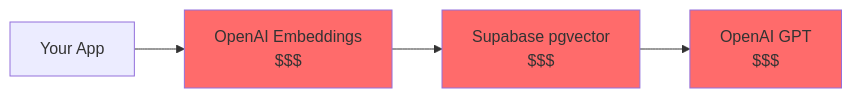
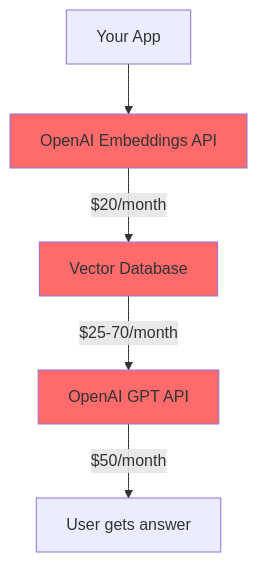
The first of 2 diagrams in README.md (AINative-Studio/nextjs-openai-doc-search), drawn with Mermaid before and after one commit. The commit also changed other lines of this file and 32 other files, not shown here.

````diff
--- a/README.md
+++ b/README.md
@@ -24,9 +60,11 @@
 ```mermaid
-graph LR
-    A[Your App] --> B[OpenAI Embeddings<br/>$$$]
-    B --> C[Supabase pgvector<br/>$$$]
-    C --> D[OpenAI GPT<br/>$$$]
+graph TB
+    A[Your App] --> B[OpenAI Embeddings API]
+    B --> |$20/month| C[Vector Database]
+    C --> |$25-70/month| D[OpenAI GPT API]
+    D --> |$50/month| E[User gets answer]
+
     style B fill:#ff6b6b
     style C fill:#ff6b6b
     style D fill:#ff6b6b
 ```
````
